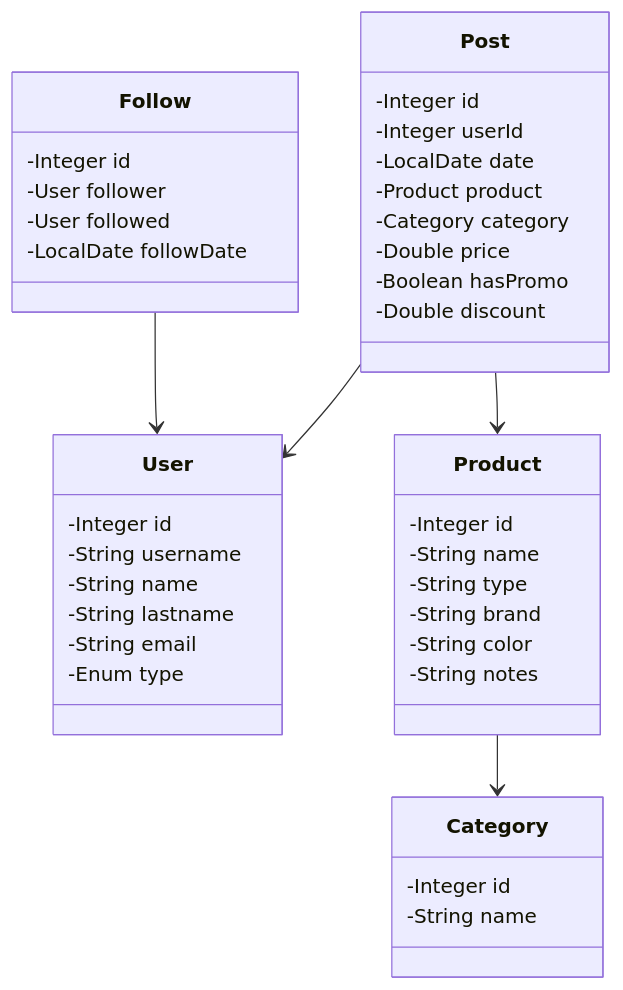
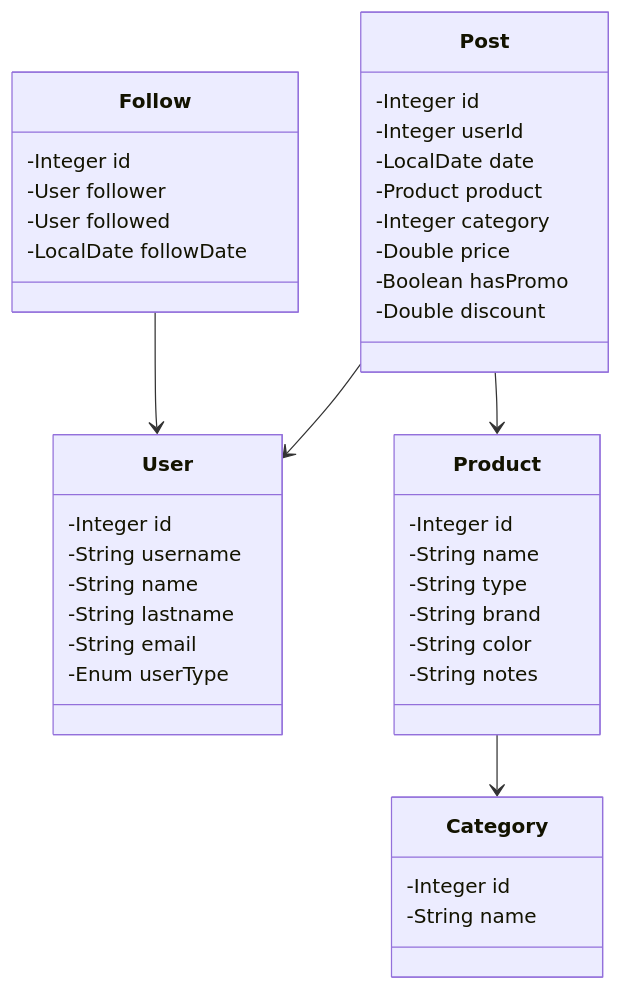
The diagram in src/main/resources/classDiagram.md (alargoa/be_java_hisp_w29_g07), drawn with Mermaid before and after one commit. The commit also changed 4 other files, not shown here.

````diff
--- a/src/main/resources/classDiagram.md
+++ b/src/main/resources/classDiagram.md
@@ -1,45 +1,45 @@
 ```mermaid
 
 classDiagram
     class User {
         -Integer id
         -String username
         -String name
         -String lastname
         -String email
-        -Enum type
+        -Enum userType
     }
     class Follow {
         -Integer id
         -User follower
         -User followed
         -LocalDate followDate
     }
     class Product {
         -Integer id
         -String name
         -String type
         -String brand
         -String color
         -String notes
     }
     class Post {
         -Integer id
         -Integer userId
         -LocalDate date
         -Product product
-        -Category category
+        -Integer category
         -Double price
         -Boolean hasPromo
         -Double discount
     }
     class Category {
         -Integer id
         -String name
     }
     Post --> Product
     Product --> Category
     Follow --> User
     Post --> User
 
 ```
````
